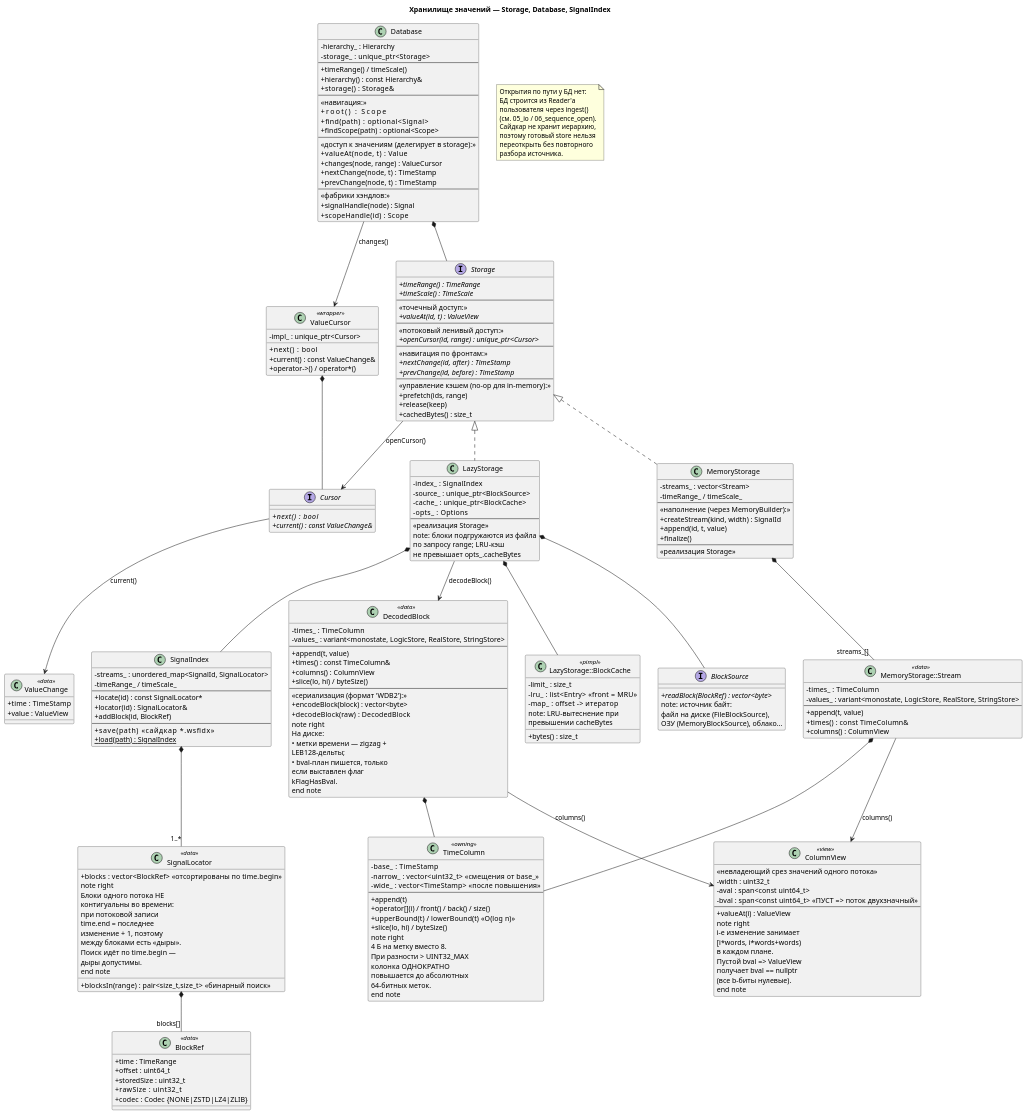
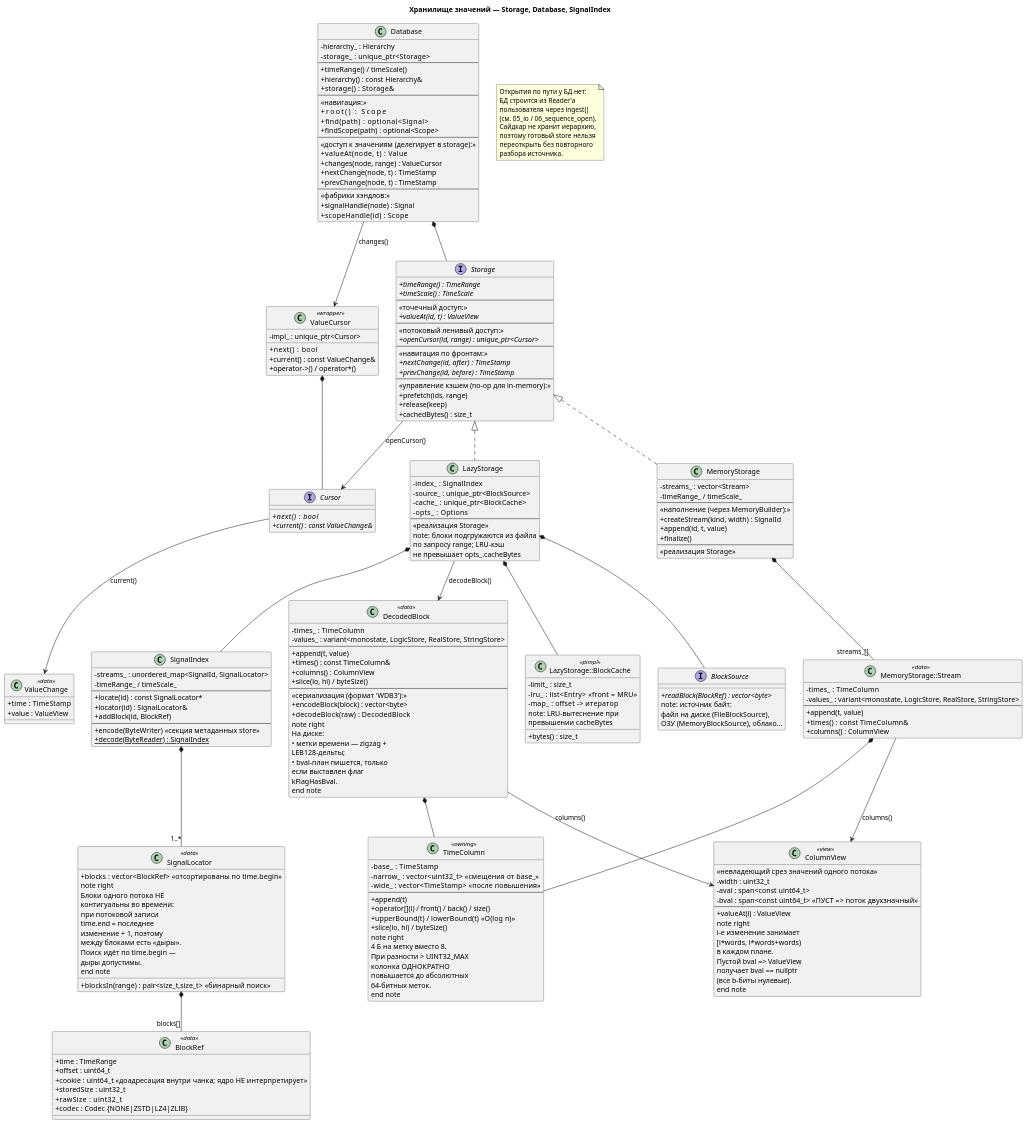
One commit to gikon3/wasafe changed the diagram in docs/uml/04_storage.puml. Above: the diagram before and after it, drawn with PlantUML. The commit also changed 3 other files, not shown here.

```diff
--- a/docs/uml/04_storage.puml
+++ b/docs/uml/04_storage.puml
@@ -140,7 +140,7 @@
     + columns() : ColumnView
     + slice(lo, hi) / byteSize()
     --
-    «сериализация (формат 'WDB2'):»
+    «сериализация (формат 'WDB3'):»
     + encodeBlock(block) : vector<byte>
     + decodeBlock(raw)   : DecodedBlock
     note right
@@ -164,8 +164,8 @@
     + locator(id) : SignalLocator&
     + addBlock(id, BlockRef)
     --
-    + save(path)          «сайдкар *.wsfidx»
-    + {static} load(path) : SignalIndex
+    + encode(ByteWriter)  «секция метаданных store»
+    + {static} decode(ByteReader) : SignalIndex
 }
 
 class SignalLocator <<data>> {
@@ -186,6 +186,7 @@
 class BlockRef <<data>> {
     + time : TimeRange
     + offset : uint64_t
+    + cookie : uint64_t   «доадресация внутри чанка; ядро НЕ интерпретирует»
     + storedSize : uint32_t
     + rawSize    : uint32_t
     + codec : Codec  {NONE|ZSTD|LZ4|ZLIB}
```
